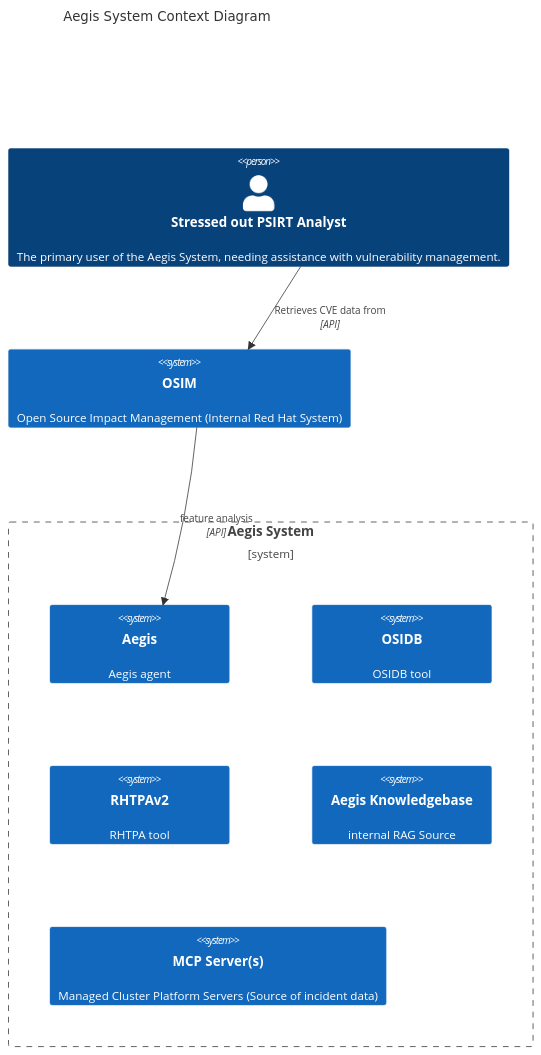
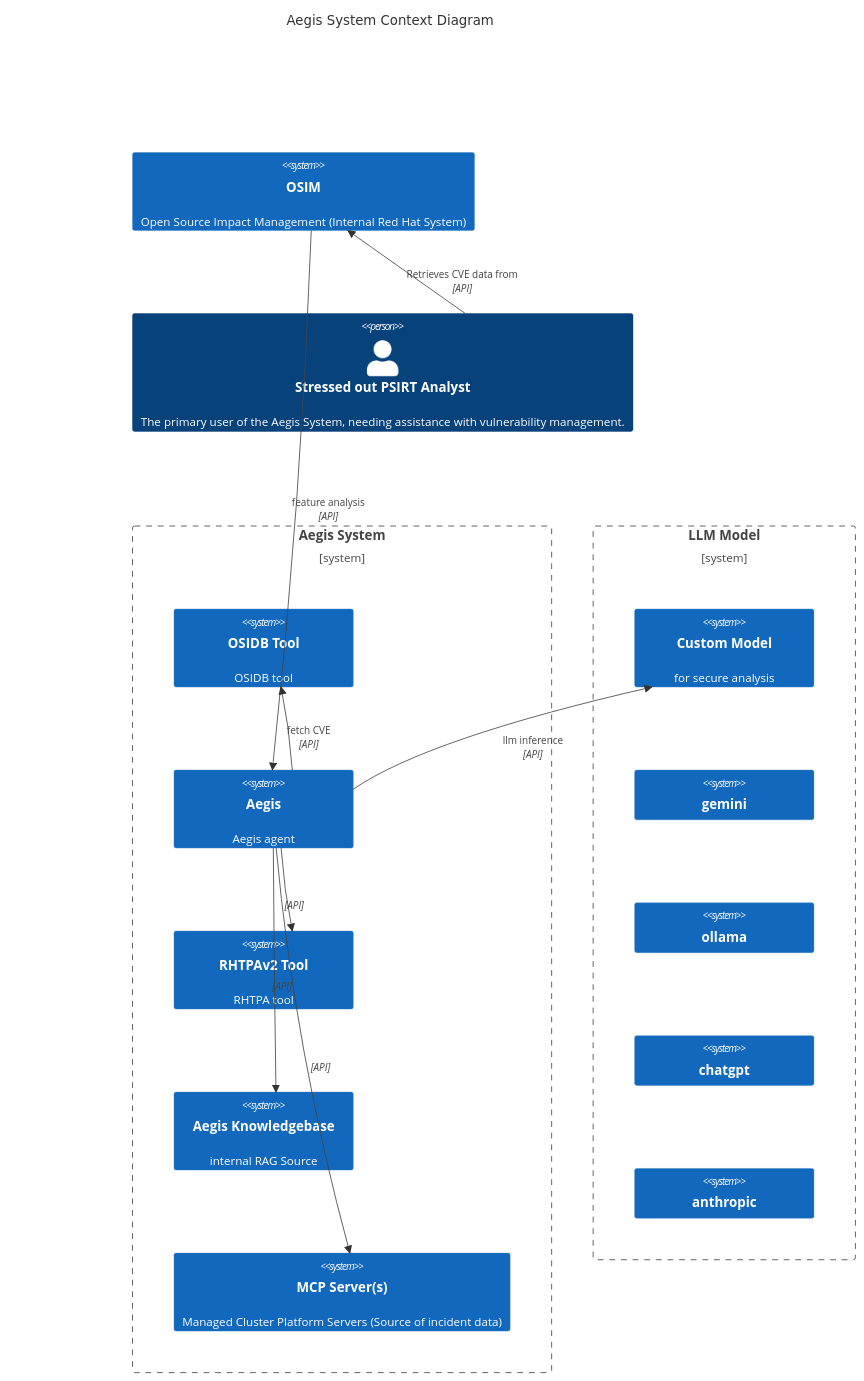
One commit to RedHatProductSecurity/aegis-ai changed the diagram in README.md. Above: the diagram before and after it, drawn with Mermaid. The commit also changed other lines of this file, not shown here.

````diff
--- a/README.md
+++ b/README.md
@@ -181,20 +181,35 @@
 ```mermaid
 C4Context
     title Aegis System Context Diagram
 
+    System(osim, "OSIM", "Open Source Impact Management (Internal Red Hat System)")
     Person(psirt_analyst, "Stressed out PSIRT Analyst", "The primary user of the Aegis System, needing assistance with vulnerability management.")
 
-    System(osim, "OSIM", "Open Source Impact Management (Internal Red Hat System)")
     Rel(psirt_analyst, osim, "Retrieves CVE data from", "API")
 
 
     Boundary(aegis_system_boundary, "Aegis System") {
+        System(osidb, "OSIDB Tool", "OSIDB tool")
         System(aegis, "Aegis", "Aegis agent")
-        System(osidb, "OSIDB", "OSIDB tool")
-        System(rhtpav2, "RHTPAv2", "RHTPA tool")
+        System(rhtpav2, "RHTPAv2 Tool", "RHTPA tool")
         System(rh_prodsec_kb, "Aegis Knowledgebase", "internal RAG Source")
         System(mcp_servers, "MCP Server(s)", "Managed Cluster Platform Servers (Source of incident data)")
     }
 
+    Boundary(llm_model, "LLM Model") {
+        System(custom_model, "Custom Model", "for secure analysis")
+        System(gemini, "gemini")
+        System(ollama, "ollama")
+        System(chatgpt, "chatgpt")
+        System(anthropic, "anthropic")
+    }
+    
     Rel(osim, aegis, "feature analysis", "API")
+    Rel(aegis, custom_model, "llm inference", "API")
+
+    Rel(aegis, osidb, "fetch CVE", "API")
+    Rel(aegis, rhtpav2, "", "API")
+    Rel(aegis, rh_prodsec_kb, "", "API")
+    Rel(aegis, mcp_servers, "", "API")
+
 ```
````
